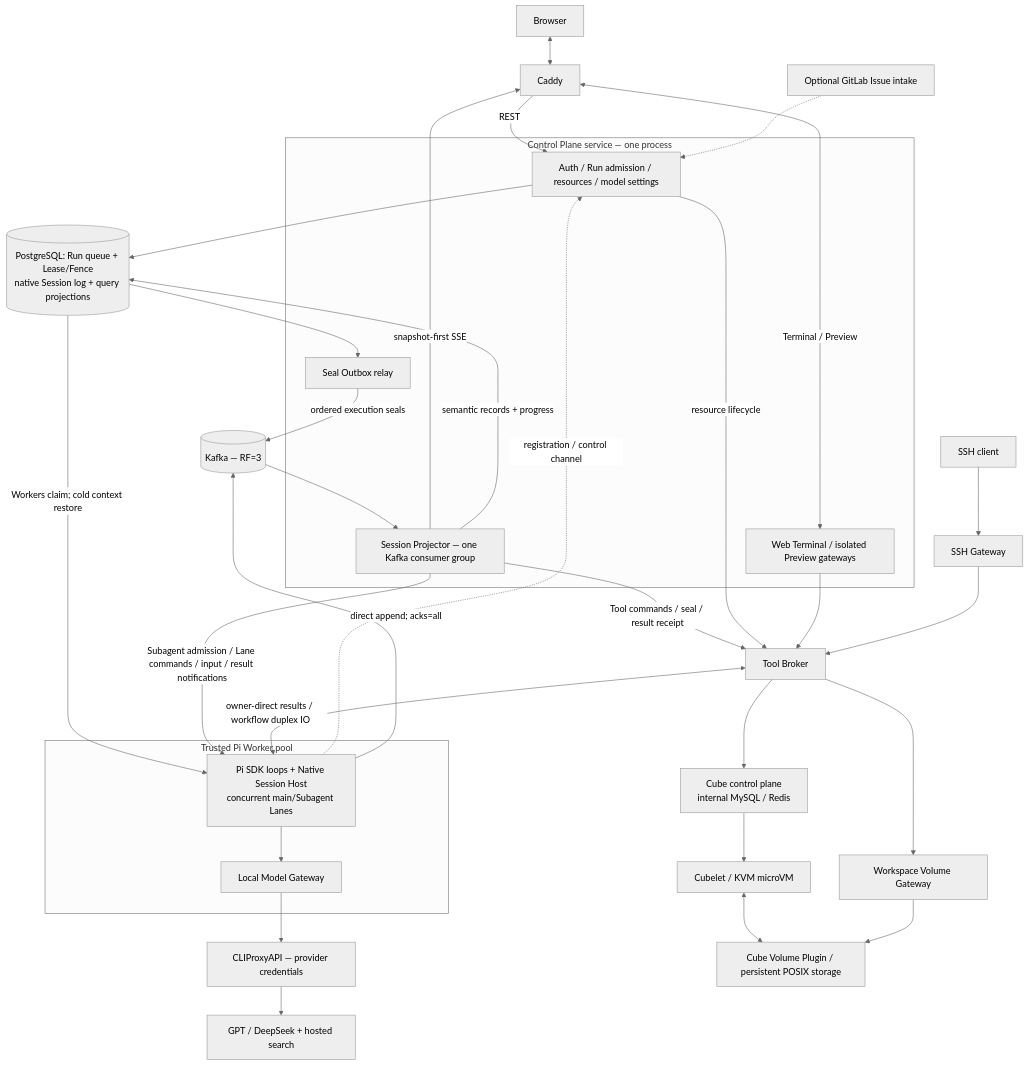
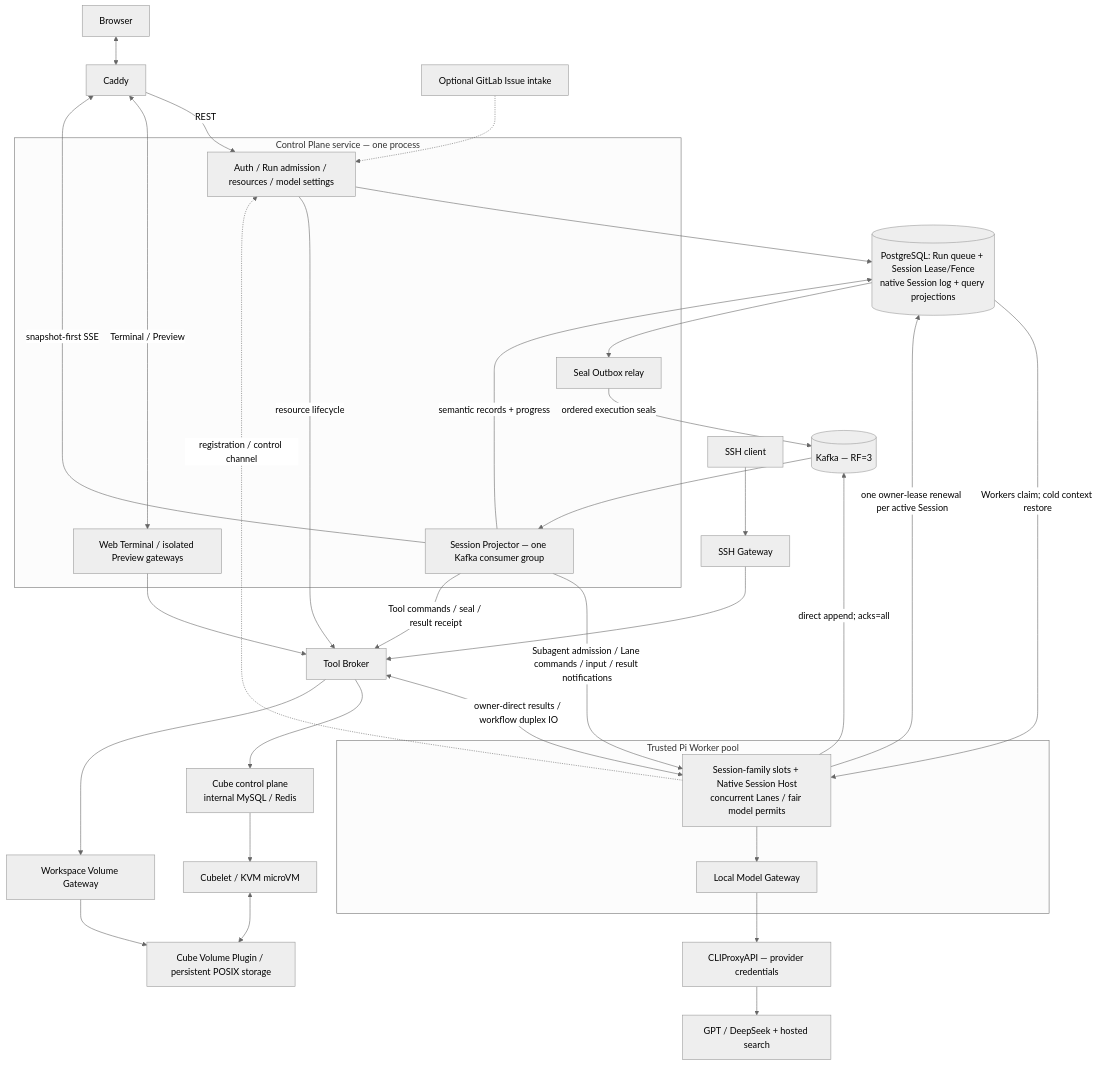
One commit to cookerpapa/pi-cloud changed the diagram in README.md. Above: the diagram before and after it, drawn with Mermaid (neutral theme). The commit also changed other lines of this file and 151 other files, not shown here.

Commit message:
refactor: own worker capacity and leases per physical session

````diff
--- a/README.md
+++ b/README.md
@@ -31,40 +31,41 @@
 ```mermaid
 flowchart TD
   B["Browser"] <--> E["Caddy"]
   subgraph CP["Control Plane service — one process"]
     API["Auth / Run admission / resources / model settings"]
     P["Session Projector — one Kafka consumer group"]
     O["Seal Outbox relay"]
     G["Web Terminal / isolated Preview gateways"]
   end
   E -->|"REST"| API
   E <-->|"Terminal / Preview"| G
   P -->|"snapshot-first SSE"| E
-  PG[("PostgreSQL: Run queue + Lease/Fence<br/>native Session log + query projections")]
+  PG[("PostgreSQL: Run queue + Session Lease/Fence<br/>native Session log + query projections")]
   API --> PG
   PG --> O
   subgraph WPOOL["Trusted Pi Worker pool"]
-    W["Pi SDK loops + Native Session Host<br/>concurrent main/Subagent Lanes"]
+    W["Session-family slots + Native Session Host<br/>concurrent Lanes / fair model permits"]
     M["Local Model Gateway"]
     W --> M
   end
   PG -->|"Workers claim; cold context restore"| W
   W -.->|"registration / control channel"| API
+  W -->|"one owner-lease renewal per active Session"| PG
   M --> C["CLIProxyAPI — provider credentials"]
   C --> L["GPT / DeepSeek + hosted search"]
   W -->|"direct append; acks=all"| K[("Kafka — RF=3")]
   O -->|"ordered execution seals"| K
   K --> P
   P -->|"semantic records + progress"| PG
   P -->|"Subagent admission / Lane commands / input / result notifications"| W
   P -->|"Tool commands / seal / result receipt"| TB["Tool Broker"]
   TB <-->|"owner-direct results / workflow duplex IO"| W
   API -->|"resource lifecycle"| TB
   G --> TB
   S["SSH client"] --> SG["SSH Gateway"] --> TB
   TB --> CC["Cube control plane<br/>internal MySQL / Redis"]
   CC --> VM["Cubelet / KVM microVM"]
   VM <--> V["Cube Volume Plugin / persistent POSIX storage"]
   TB --> VG["Workspace Volume Gateway"] --> V
   GL["Optional GitLab Issue intake"] -.-> API
 ```
````
